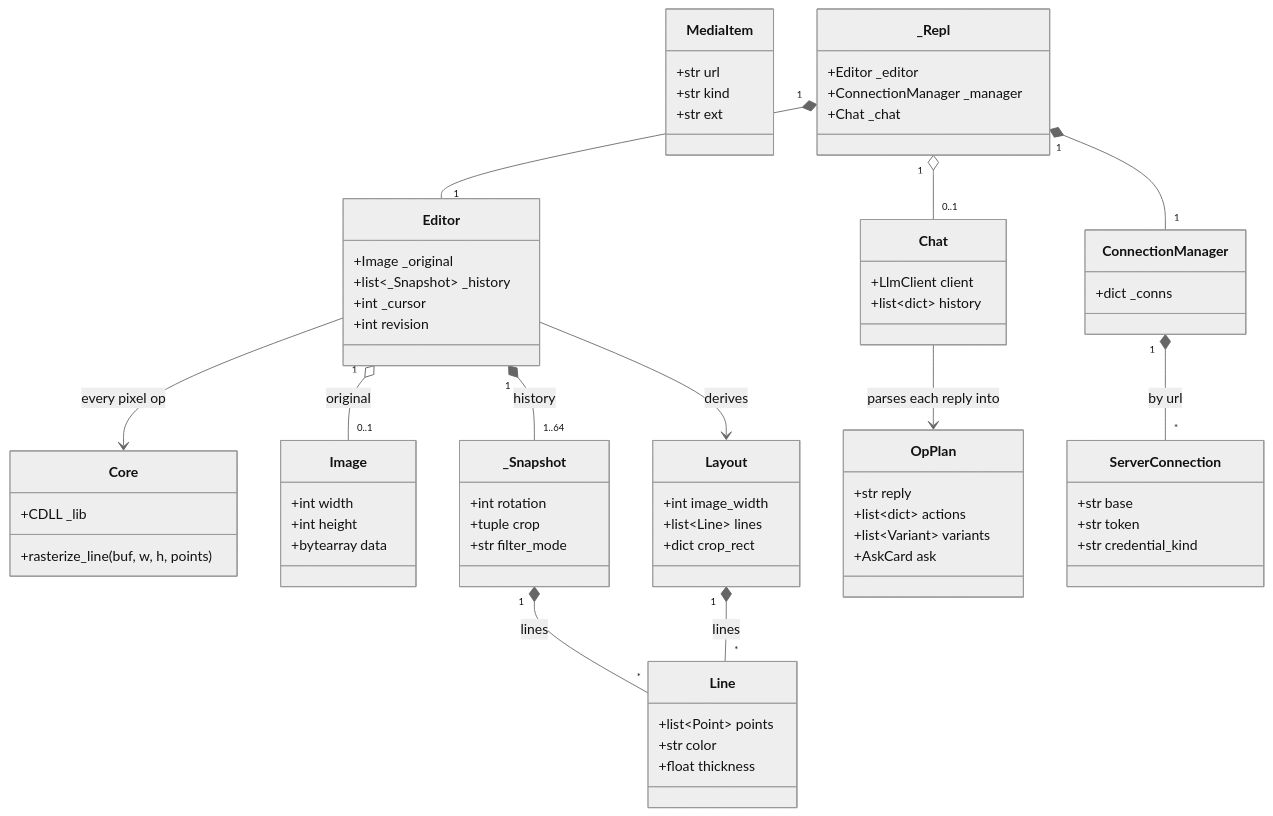
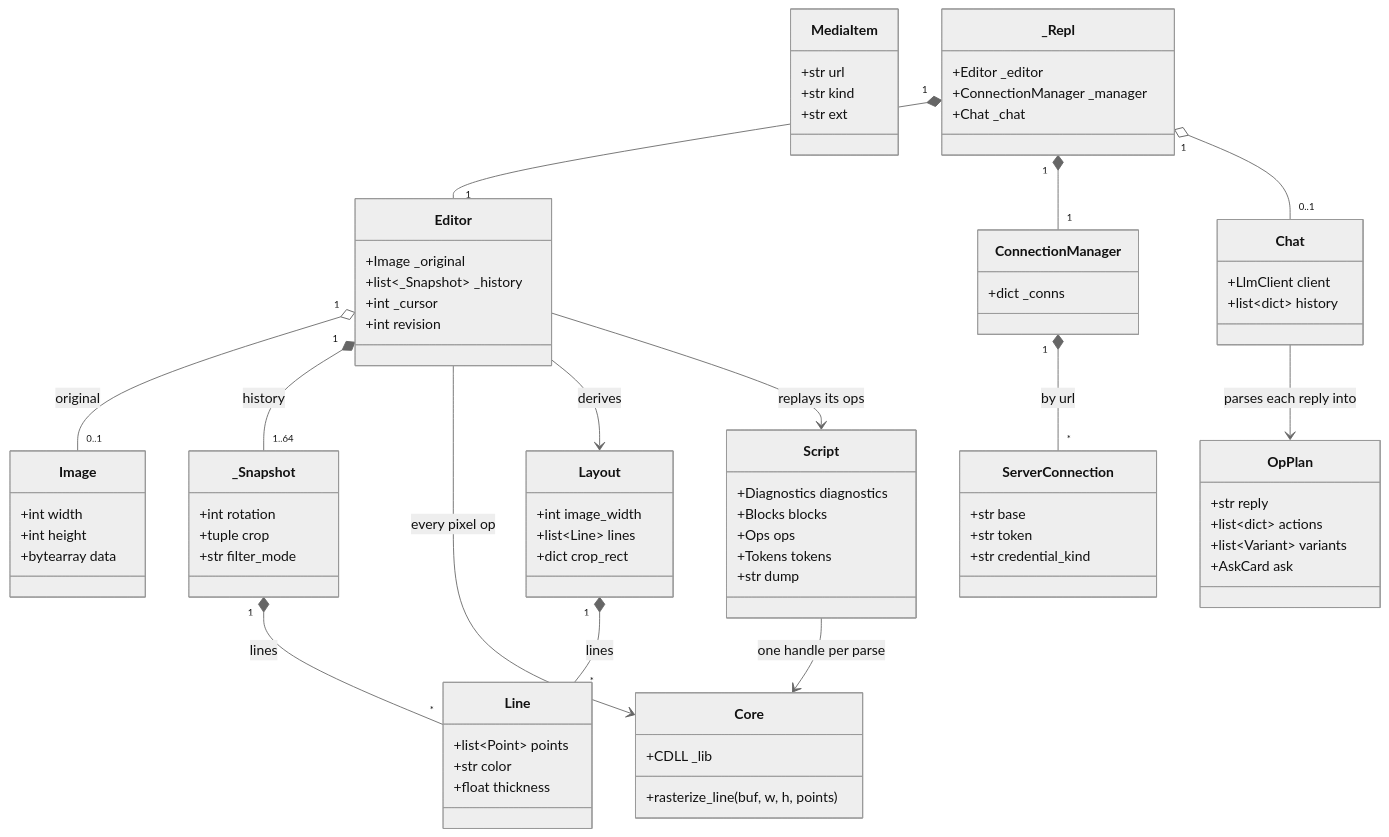
Before and after one commit to andrew1407/stencil: the second of 2 diagrams in pystencil/ARCHITECTURE.md, drawn with Mermaid (neutral theme). The commit also changed other lines of this file and 1001 other files, not shown here.

First line of the commit message:
Add the .stc script language, from the core engine to a VS Code extension (#2)

````diff
--- a/pystencil/ARCHITECTURE.md
+++ b/pystencil/ARCHITECTURE.md
@@ -58,72 +59,81 @@
 ```mermaid
 classDiagram
     class Core {
       +CDLL _lib
       +rasterize_line(buf, w, h, points)
     }
     class Image {
       +int width
       +int height
       +bytearray data
     }
     class Layout {
       +int image_width
       +list~Line~ lines
       +dict crop_rect
     }
     class Line {
       +list~Point~ points
       +str color
       +float thickness
     }
     class Snapshot["_Snapshot"] {
       +int rotation
       +tuple crop
       +str filter_mode
     }
     class Editor {
       +Image _original
       +list~_Snapshot~ _history
       +int _cursor
       +int revision
     }
     class OpPlan {
       +str reply
       +list~dict~ actions
       +list~Variant~ variants
       +AskCard ask
     }
     class Chat {
       +LlmClient client
       +list~dict~ history
     }
     class ServerConnection {
       +str base
       +str token
       +str credential_kind
     }
     class ConnectionManager {
       +dict _conns
     }
     class MediaItem {
       +str url
       +str kind
       +str ext
     }
+    class Script {
+      +Diagnostics diagnostics
+      +Blocks blocks
+      +Ops ops
+      +Tokens tokens
+      +str dump
+    }
     class Repl["_Repl"] {
       +Editor _editor
       +ConnectionManager _manager
       +Chat _chat
     }
     Editor "1" o-- "0..1" Image : original
     Editor "1" *-- "1..64" Snapshot : history
     Editor --> Core : every pixel op
     Editor --> Layout : derives
     Snapshot "1" *-- "*" Line : lines
     Layout "1" *-- "*" Line : lines
+    Script --> Core : one handle per parse
+    Editor --> Script : replays its ops
     Chat --> OpPlan : parses each reply into
     ConnectionManager "1" *-- "*" ServerConnection : by url
     Repl "1" *-- "1" Editor
     Repl "1" *-- "1" ConnectionManager
     Repl "1" o-- "0..1" Chat
 ```
````
